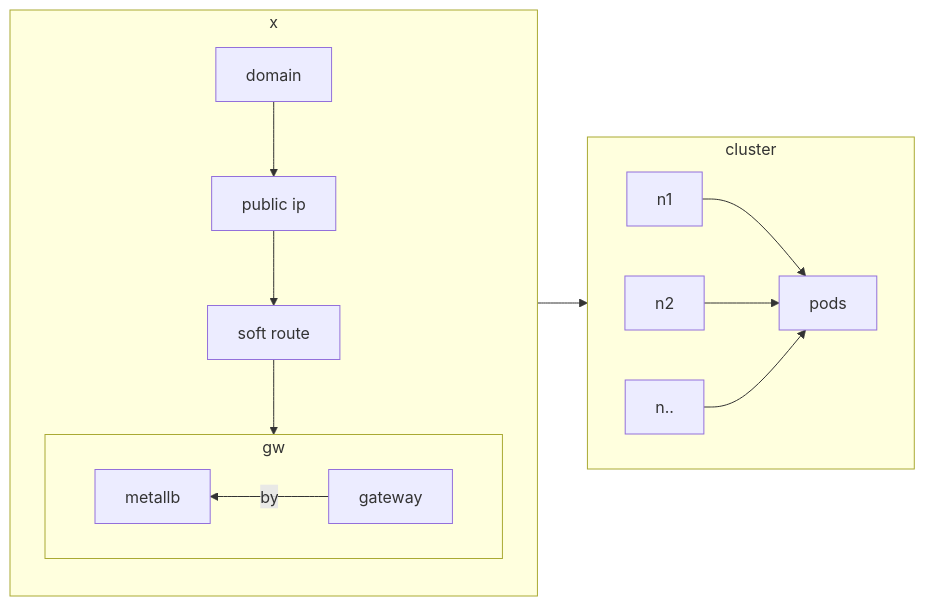
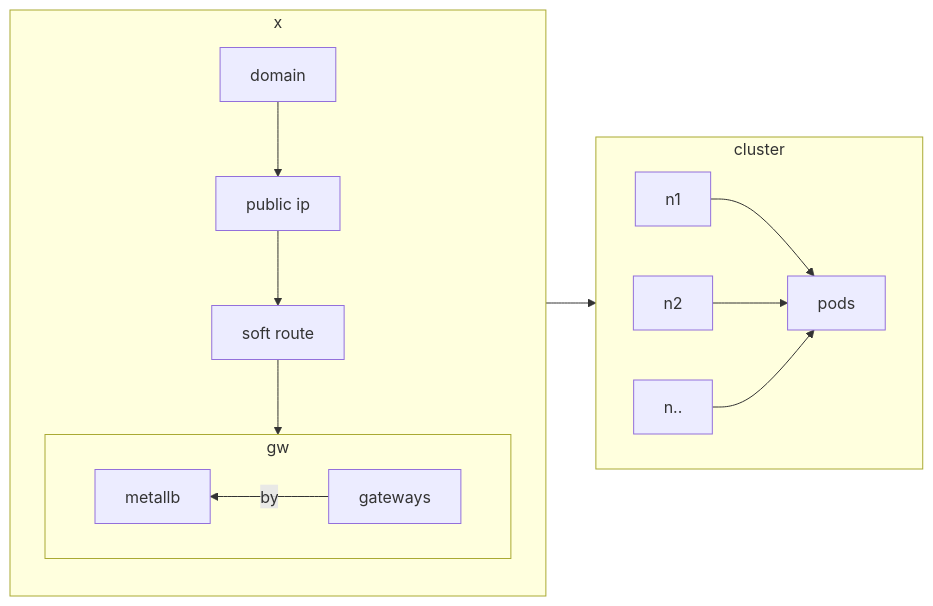
Before and after one commit to chanchan098/Docs: the first of 3 diagrams in operation/0-to-public-net-single-cluster.md, drawn with Mermaid. The commit also changed 17 other files, not shown here.

````diff
--- a/operation/0-to-public-net-single-cluster.md
+++ b/operation/0-to-public-net-single-cluster.md
@@ -4,17 +4,17 @@
 ```mermaid
 flowchart  LR
     subgraph x
         direction TB
         domain --> 1[public ip] --> sr[soft route] --> gw
     end
     subgraph gw
         direction RL
-        gateway -->|by| metallb 
+        gateways -->|by| metallb 
     end
     subgraph cluster
         direction LR
         n1 & n2 & n.. --> pods
     end
     x --> cluster
 
 ```
````
